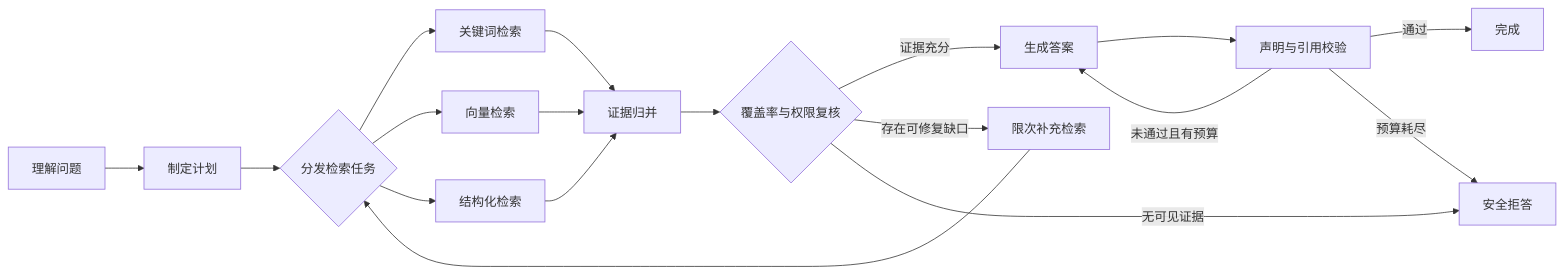
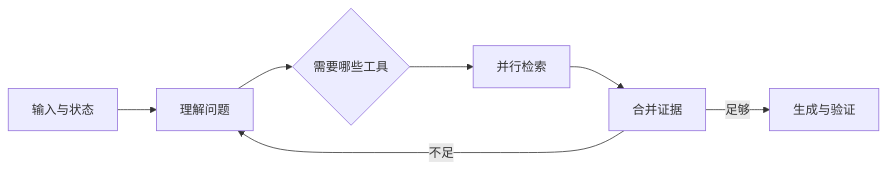
Before and after one commit to upJiang/jiang-blog-vitepress: the diagram in docs/ai-agent/langgraph-state-orchestration.md, drawn with Mermaid. The commit also changed other lines of this file and 164 other files, not shown here.

````diff
--- a/docs/ai-agent/langgraph-state-orchestration.md
+++ b/docs/ai-agent/langgraph-state-orchestration.md
@@ -21,20 +32,9 @@
 ```mermaid
 flowchart LR
-  U[理解问题] --> P[制定计划]
-  P --> D{分发检索任务}
-  D --> K[关键词检索]
-  D --> V[向量检索]
-  D --> T[结构化检索]
-  K --> F[证据归并]
-  V --> F
-  T --> F
-  F --> C{覆盖率与权限复核}
-  C -->|证据充分| A[生成答案]
-  C -->|存在可修复缺口| R[限次补充检索]
-  C -->|无可见证据| X[安全拒答]
-  R --> D
-  A --> Q[声明与引用校验]
-  Q -->|通过| E[完成]
-  Q -->|未通过且有预算| A
-  Q -->|预算耗尽| X
+  A[输入与状态] --> B[理解问题]
+  B --> C{需要哪些工具}
+  C --> D[并行检索]
+  D --> E[合并证据]
+  E -->|不足| B
+  E -->|足够| F[生成与验证]
 ```
````
